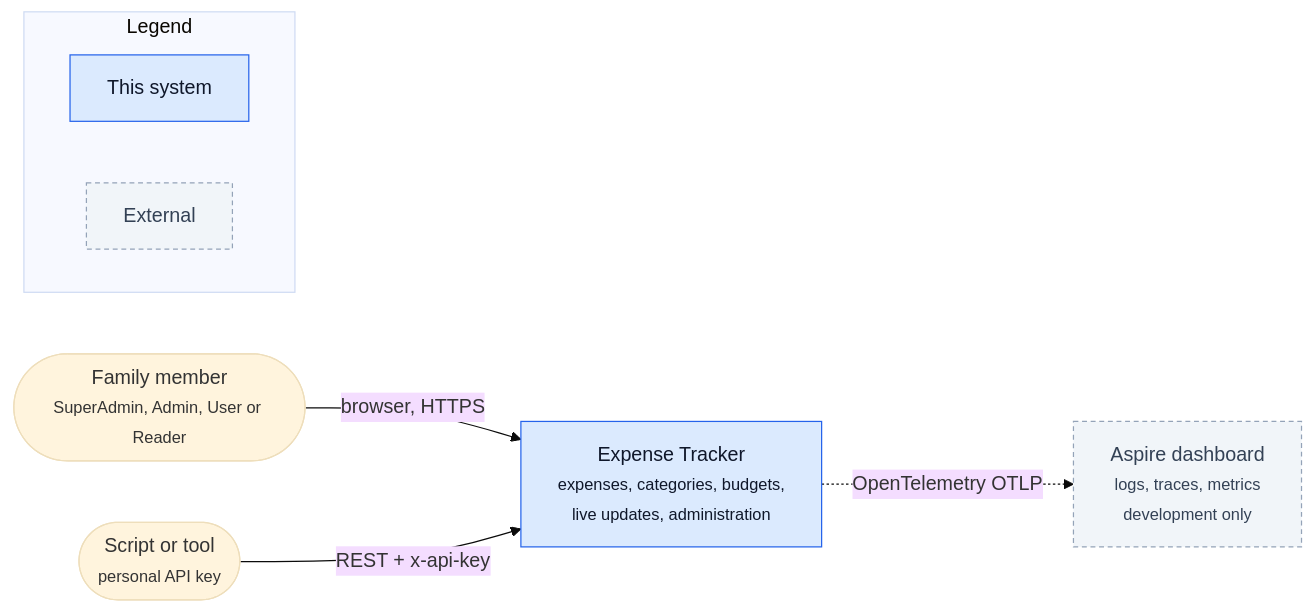
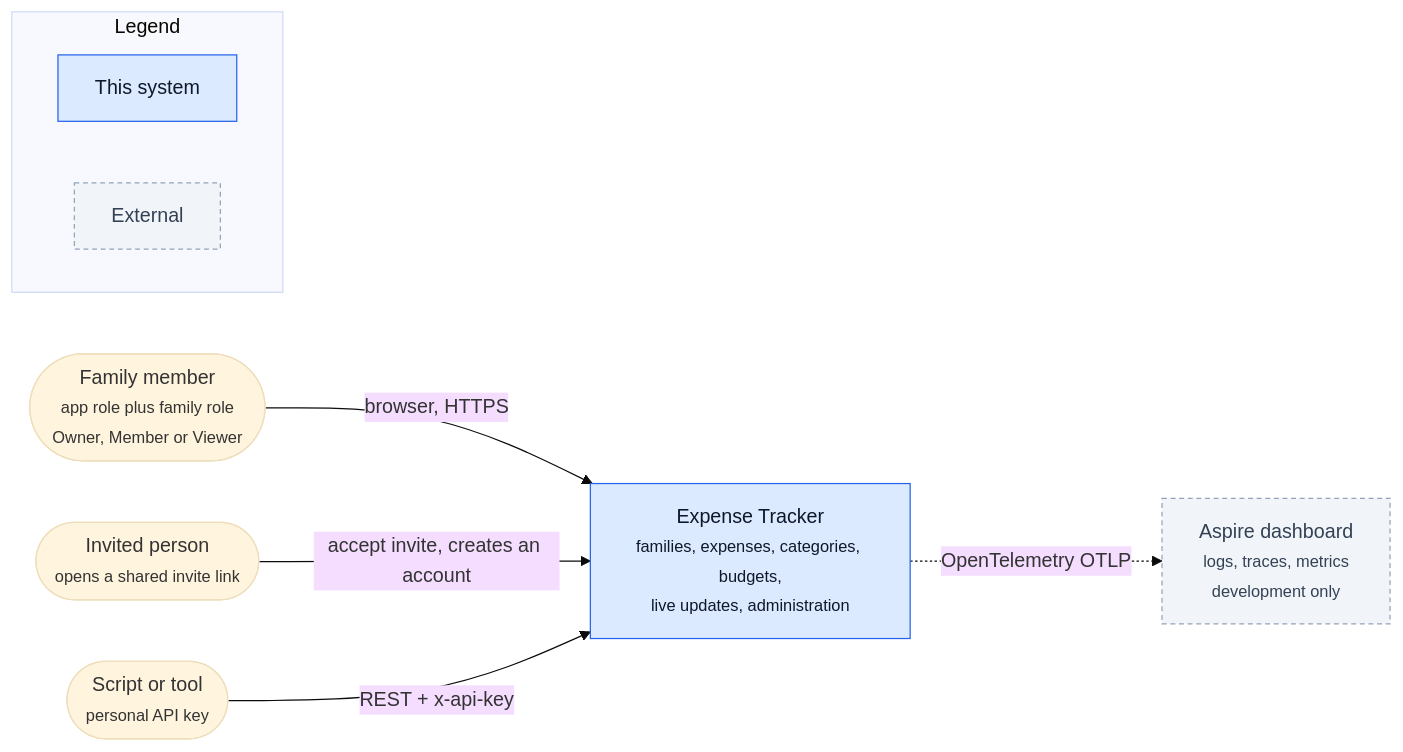
Before and after one commit to sushovan-code/Expense-Tracker: the diagram in docs/diagrams/context.mmd, drawn with Mermaid (base theme). The commit also changed 10 other files, not shown here.

First line of the commit message:
docs: update architecture diagrams and README for families (#8)

```diff
--- a/docs/diagrams/context.mmd
+++ b/docs/diagrams/context.mmd
@@ -1,20 +1,22 @@
 %% System context. Claude rewrites this from the code via /update-diagrams.
 %% Accent (#2563EB) marks this system; grey is everything else.
 flowchart LR
   classDef ours fill:#DBEAFE,stroke:#2563EB,color:#0F172A
   classDef ext fill:#F1F5F9,stroke:#94A3B8,color:#334155,stroke-dasharray:4 3
 
-  member([Family member<br/><small>SuperAdmin, Admin, User or Reader</small>])
+  member([Family member<br/><small>app role plus family role<br/>Owner, Member or Viewer</small>])
+  invitee([Invited person<br/><small>opens a shared invite link</small>])
   script([Script or tool<br/><small>personal API key</small>])
-  system[Expense Tracker<br/><small>expenses, categories, budgets,<br/>live updates, administration</small>]:::ours
+  system[Expense Tracker<br/><small>families, expenses, categories, budgets,<br/>live updates, administration</small>]:::ours
   dashboard[Aspire dashboard<br/><small>logs, traces, metrics<br/>development only</small>]:::ext
 
   member -->|browser, HTTPS| system
+  invitee -->|accept invite, creates an account| system
   script -->|REST + x-api-key| system
   system -. OpenTelemetry OTLP .-> dashboard
 
   subgraph Legend
     direction LR
     l1[This system]:::ours
     l2[External]:::ext
   end
```
